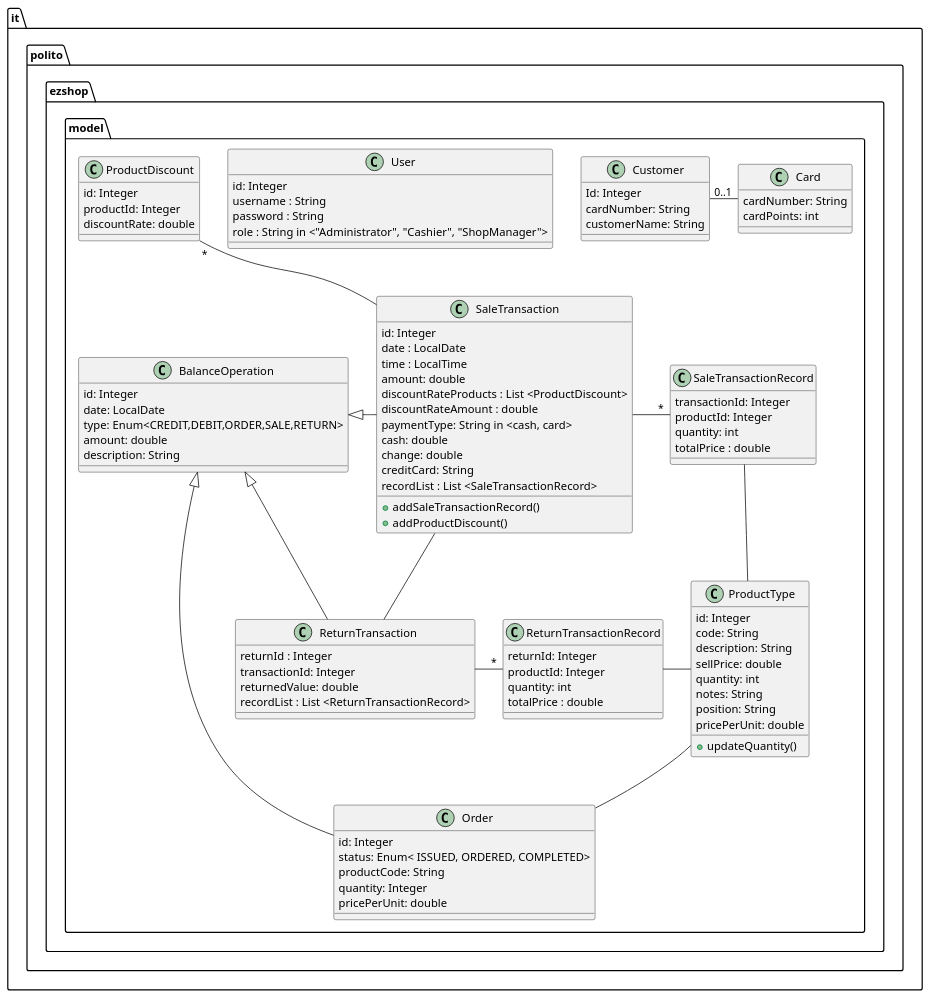
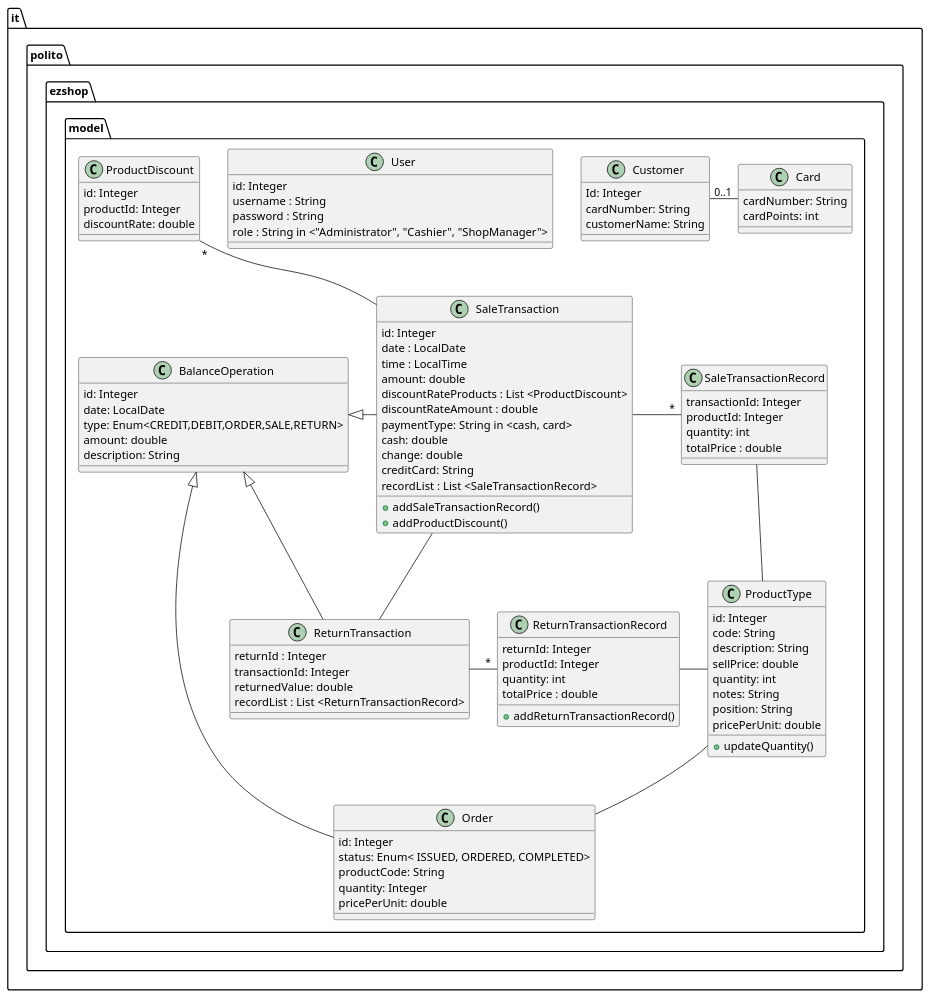
One commit to paocela/EzShop changed the third of 30 diagrams in Deliverables/DesignDocument.md. Above: the diagram before and after it, drawn with PlantUML. The commit also changed other lines of this file, not shown here.

Commit message:
Updated scenario 8.1/8.2, class diagram

```diff
--- a/Deliverables/DesignDocument.md
+++ b/Deliverables/DesignDocument.md
@@ -219,6 +219,7 @@
         productId: Integer
         quantity: int
         totalPrice : double
+        + addReturnTransactionRecord()
 
     }
     class ProductDiscount {
```
